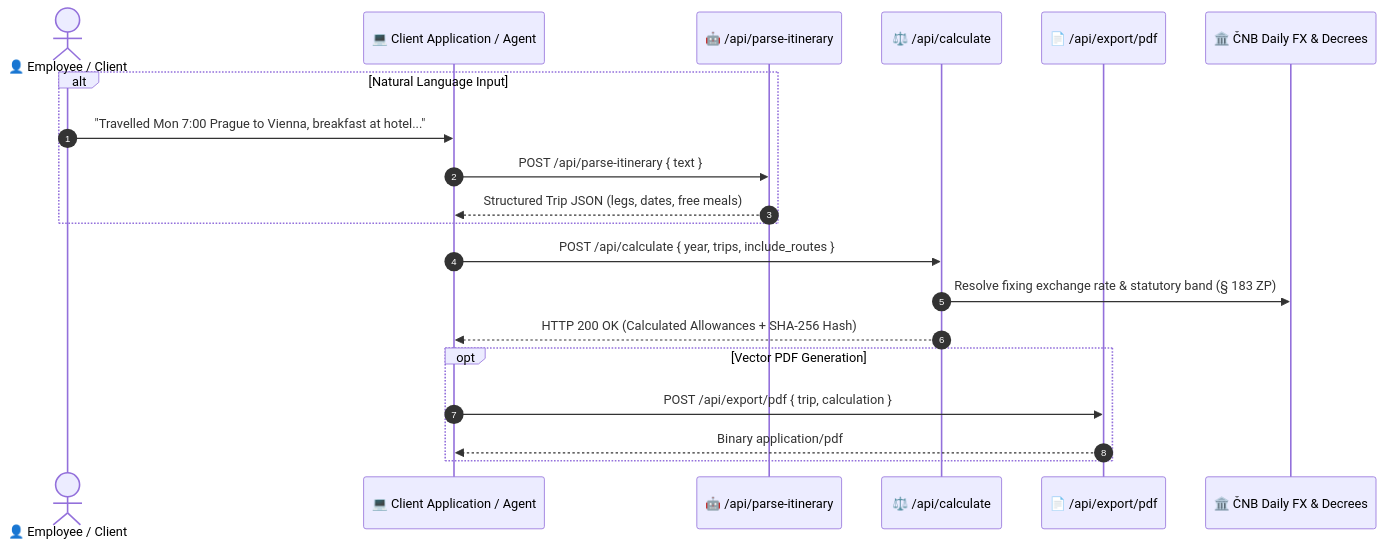
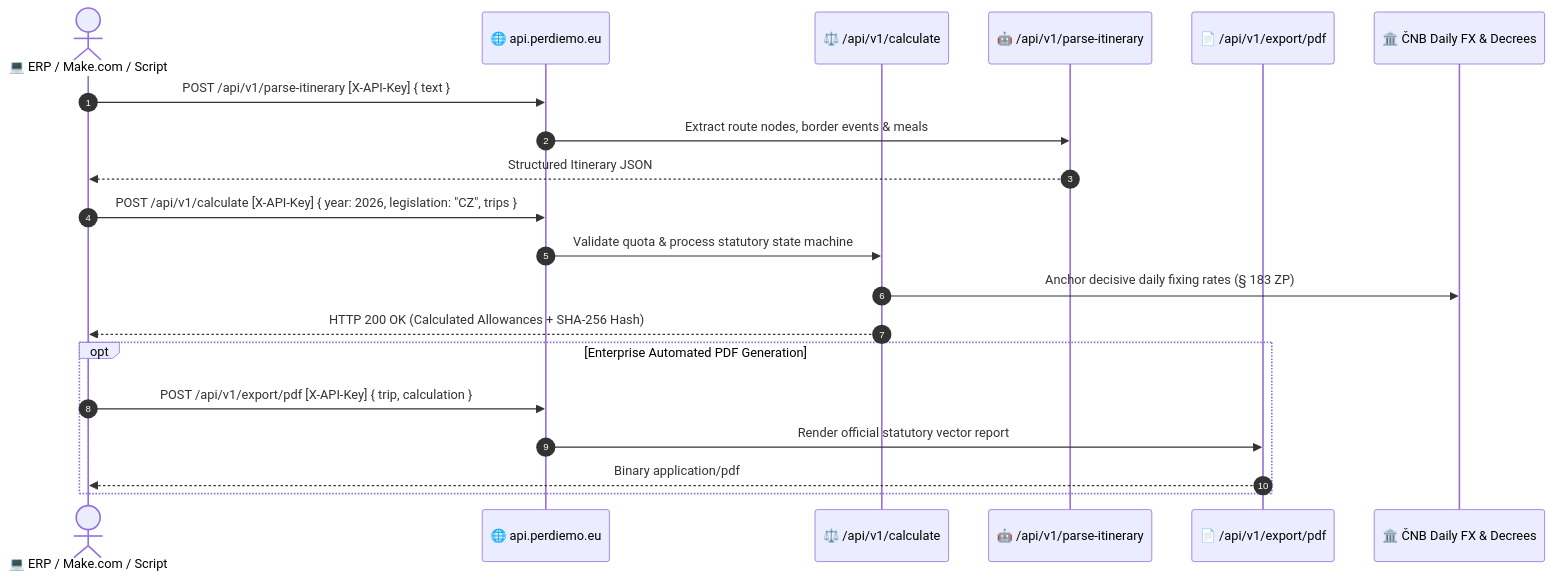
Before and after one commit to dataquo/PerDiemoEU: the diagram in API.md, drawn with Mermaid. The commit also changed other lines of this file, not shown here.

Commit message:
docs: update REST API v1 documentation for api.perdiemo.eu and Dual-Auth

````diff
--- a/API.md
+++ b/API.md
@@ -29,25 +63,25 @@
 ```mermaid
 sequenceDiagram
     autonumber
-    actor User as 👤 Employee / Client
-    participant App as 💻 Client Application / Agent
-    participant Parse as 🤖 /api/parse-itinerary
-    participant Calc as ⚖️ /api/calculate
-    participant Export as 📄 /api/export/pdf
+    actor Dev as 💻 ERP / Make.com / Script
+    participant Gateway as 🌐 api.perdiemo.eu
+    participant Engine as ⚖️ /api/v1/calculate
+    participant AI as 🤖 /api/v1/parse-itinerary
+    participant PDF as 📄 /api/v1/export/pdf
     participant CNB as 🏛️ ČNB Daily FX & Decrees
 
-    alt Natural Language Input
-        User->>App: "Travelled Mon 7:00 Prague to Vienna, breakfast at hotel..."
-        App->>Parse: POST /api/parse-itinerary { text }
-        Parse-->>App: Structured Trip JSON (legs, dates, free meals)
-    end
+    Dev->>Gateway: POST /api/v1/parse-itinerary [X-API-Key] { text }
+    Gateway->>AI: Extract route nodes, border events & meals
+    AI-->>Dev: Structured Itinerary JSON
 
-    App->>Calc: POST /api/calculate { year, trips, include_routes }
-    Calc->>CNB: Resolve fixing exchange rate & statutory band (§ 183 ZP)
-    Calc-->>App: HTTP 200 OK (Calculated Allowances + SHA-256 Hash)
+    Dev->>Gateway: POST /api/v1/calculate [X-API-Key] { year: 2026, legislation: "CZ", trips }
+    Gateway->>Engine: Validate quota & process statutory state machine
+    Engine->>CNB: Anchor decisive daily fixing rates (§ 183 ZP)
+    Engine-->>Dev: HTTP 200 OK (Calculated Allowances + SHA-256 Hash)
 
-    opt Vector PDF Generation
-        App->>Export: POST /api/export/pdf { trip, calculation }
-        Export-->>App: Binary application/pdf
+    opt Enterprise Automated PDF Generation
+        Dev->>Gateway: POST /api/v1/export/pdf [X-API-Key] { trip, calculation }
+        Gateway->>PDF: Render official statutory vector report
+        PDF-->>Dev: Binary application/pdf
     end
 ```
````
